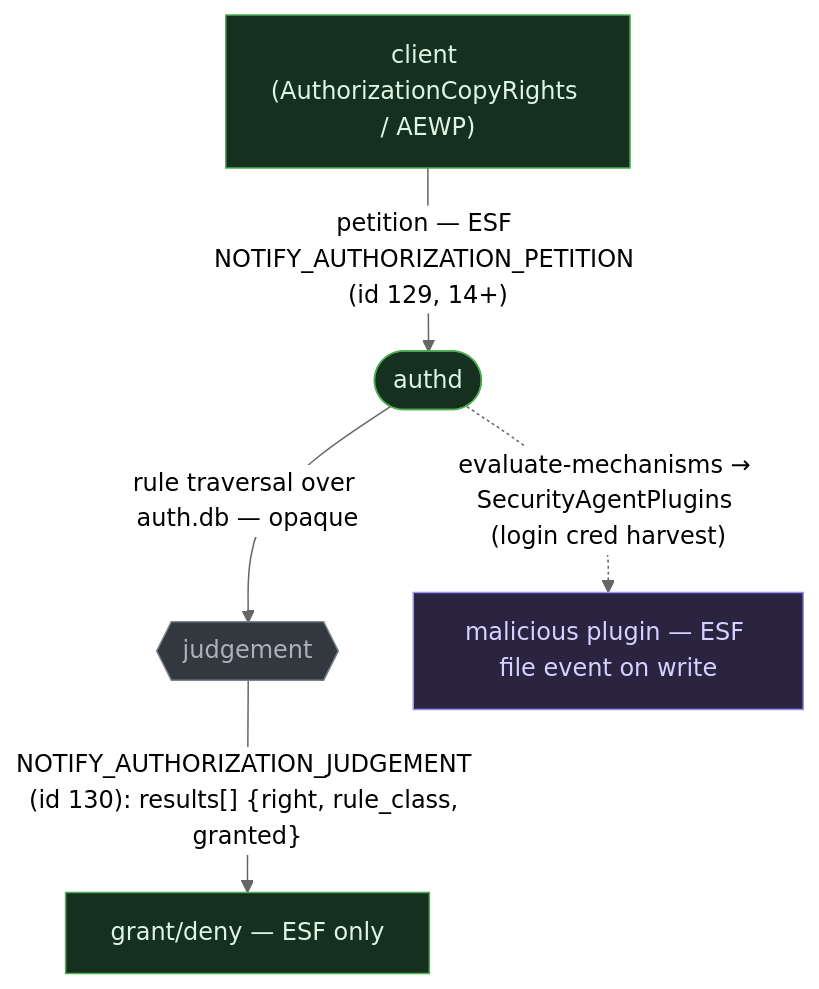
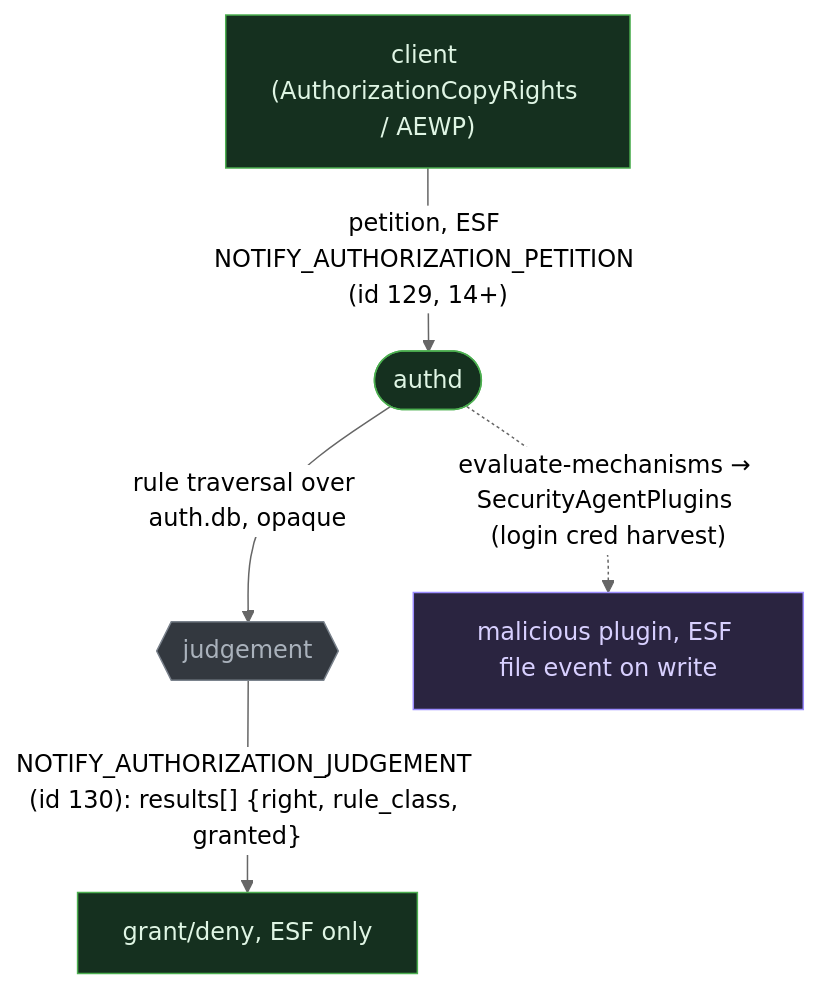
One commit to iimp0ster/os-internals-de-guide changed the third of 4 diagrams in src/privilege-escalation/02-polkit-authz.md. Above: the diagram before and after it, drawn with Mermaid (neutral theme). The commit also changed other lines of this file and 53 other files, not shown here.

````diff
--- a/src/privilege-escalation/02-polkit-authz.md
+++ b/src/privilege-escalation/02-polkit-authz.md
@@ -99,10 +89,10 @@
 ```mermaid
 flowchart TB
-    P["client (AuthorizationCopyRights / AEWP)"]:::seen -->|"petition — ESF NOTIFY_AUTHORIZATION_PETITION (id 129, 14+)"| AU(["authd"]):::seen
-    AU -->|"rule traversal over auth.db — opaque"| J{{"judgement"}}:::blind
-    J -->|"NOTIFY_AUTHORIZATION_JUDGEMENT (id 130): results[] {right, rule_class, granted}"| G["grant/deny — ESF only"]:::seen
-    AU -.->|"evaluate-mechanisms → SecurityAgentPlugins (login cred harvest)"| X["malicious plugin — ESF file event on write"]:::diverge
+    P["client (AuthorizationCopyRights / AEWP)"]:::seen -->|"petition, ESF NOTIFY_AUTHORIZATION_PETITION (id 129, 14+)"| AU(["authd"]):::seen
+    AU -->|"rule traversal over auth.db, opaque"| J{{"judgement"}}:::blind
+    J -->|"NOTIFY_AUTHORIZATION_JUDGEMENT (id 130): results[] {right, rule_class, granted}"| G["grant/deny, ESF only"]:::seen
+    AU -.->|"evaluate-mechanisms → SecurityAgentPlugins (login cred harvest)"| X["malicious plugin, ESF file event on write"]:::diverge
     classDef seen fill:#15301f,stroke:#4caf50,color:#dff5e4;
     classDef blind fill:#33383f,stroke:#7a828c,color:#aab2bc;
     classDef diverge fill:#2a2440,stroke:#9b8cff,color:#d8d0ff;
 ```
````
